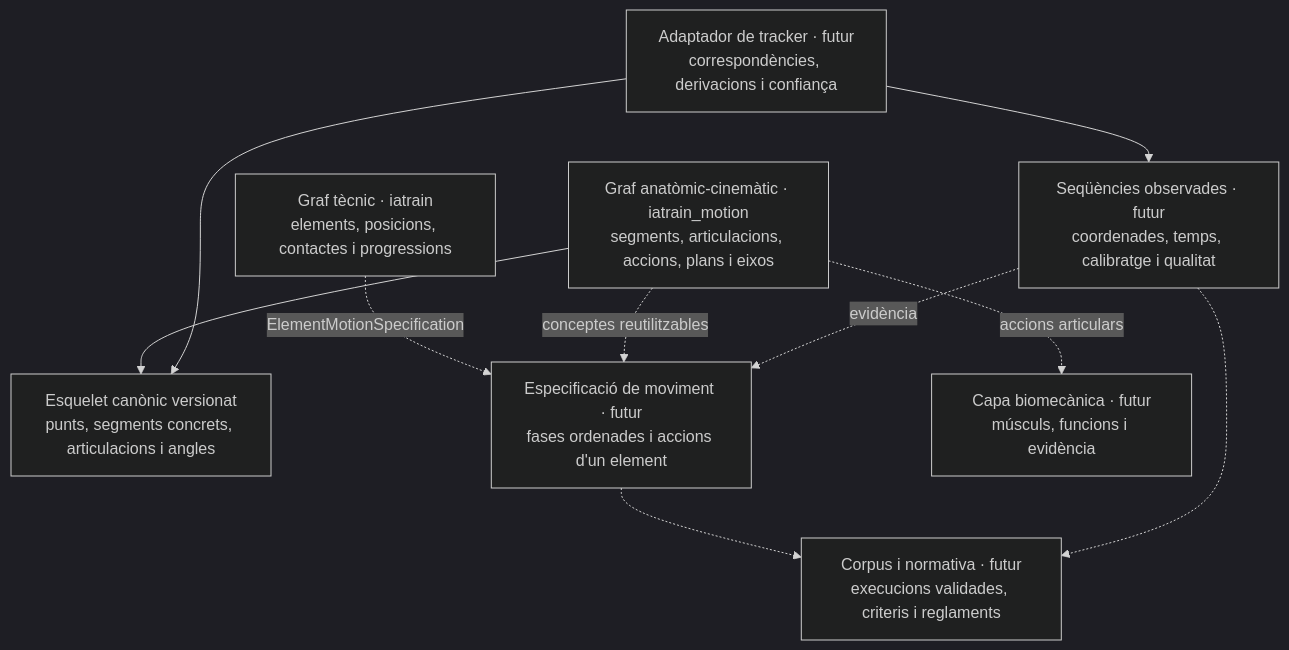
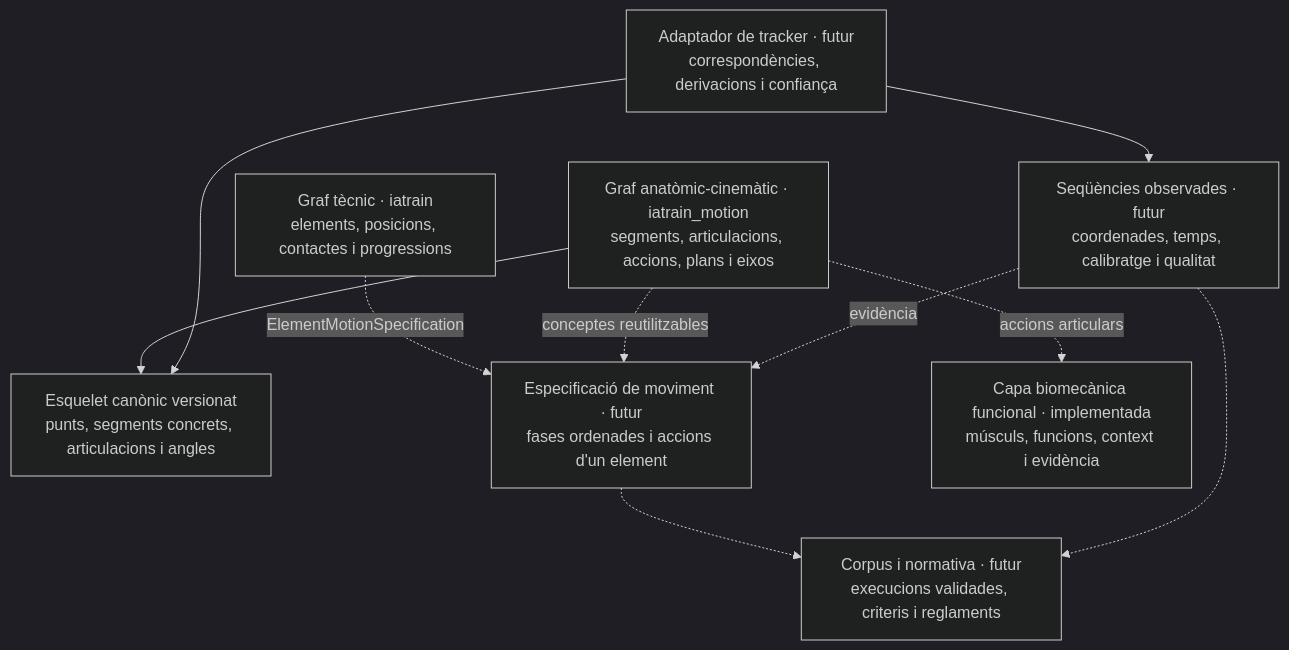
The diagram in docs/implementacio_graf_anatomic_esquelet_cinematic_iatrain.md (guillemmerino/iatramp), drawn with Mermaid (dark theme) before and after one commit. The commit also changed other lines of this file and 33 other files, not shown here.

````diff
--- a/docs/implementacio_graf_anatomic_esquelet_cinematic_iatrain.md
+++ b/docs/implementacio_graf_anatomic_esquelet_cinematic_iatrain.md
@@ -40,21 +40,21 @@
 ```mermaid
 flowchart TB
     T["Graf tècnic · iatrain\nelements, posicions, contactes i progressions"]
     M["Graf anatòmic-cinemàtic · iatrain_motion\nsegments, articulacions, accions, plans i eixos"]
     S["Esquelet canònic versionat\npunts, segments concrets, articulacions i angles"]
     A["Adaptador de tracker · futur\ncorrespondències, derivacions i confiança"]
     O["Seqüències observades · futur\ncoordenades, temps, calibratge i qualitat"]
     E["Especificació de moviment · futur\nfases ordenades i accions d'un element"]
-    B["Capa biomecànica · futur\nmúsculs, funcions i evidència"]
+    B["Capa biomecànica funcional · implementada\nmúsculs, funcions, context i evidència"]
     N["Corpus i normativa · futur\nexecucions validades, criteris i reglaments"]
 
     M --> S
     A --> S
     A --> O
     T -. "ElementMotionSpecification" .-> E
     M -. "conceptes reutilitzables" .-> E
     O -. "evidència" .-> E
     M -. "accions articulars" .-> B
     E -.-> N
     O -.-> N
 ```
````
